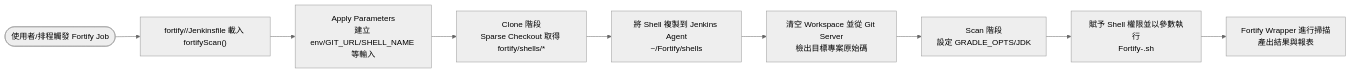
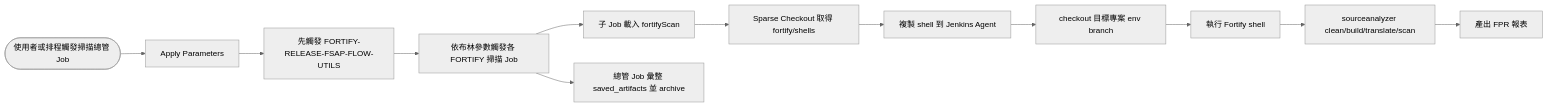
One commit to sonic711/jenkins-shared-library changed the diagram in README.md. Above: the diagram before and after it, drawn with Mermaid (neutral theme). The commit also changed other lines of this file, not shown here.

Commit message:
docs: update fortify pipeline README

````diff
--- a/README.md
+++ b/README.md
@@ -44,18 +186,14 @@
 ```mermaid
 flowchart LR
-  A([使用者/排程觸發 Fortify Job]) --> B["fortify/<project>/Jenkinsfile 載入 fortifyScan()"]
-  B --> C[Apply Parameters
-建立 env/GIT_URL/SHELL_NAME 等輸入]
-  C --> D[Clone 階段
-Sparse Checkout 取得 fortify/shells/*]
-  D --> E[將 Shell 複製到 Jenkins Agent
-~/Fortify/shells]
-  E --> F[清空 Workspace 並從 Git Server
-檢出目標專案原始碼]
-  F --> G[Scan 階段
-設定 GRADLE_OPTS/JDK]
-  G --> H[賦予 Shell 權限並以參數執行
-Fortify-<PROJECT>.sh]
-  H --> I[Fortify Wrapper 進行掃描
-產出結果與報表]
+  A([使用者或排程觸發掃描總管 Job]) --> B[Apply Parameters]
+  B --> C[先觸發 FORTIFY-RELEASE-FSAP-FLOW-UTILS]
+  C --> D[依布林參數觸發各 FORTIFY 掃描 Job]
+  D --> E[子 Job 載入 fortifyScan]
+  E --> F[Sparse Checkout 取得 fortify/shells]
+  F --> G[複製 shell 到 Jenkins Agent]
+  G --> H[checkout 目標專案 env branch]
+  H --> I[執行 Fortify shell]
+  I --> J[sourceanalyzer clean/build/translate/scan]
+  J --> K[產出 FPR 報表]
+  D --> L[總管 Job 彙整 saved_artifacts 並 archive]
 ```
````
